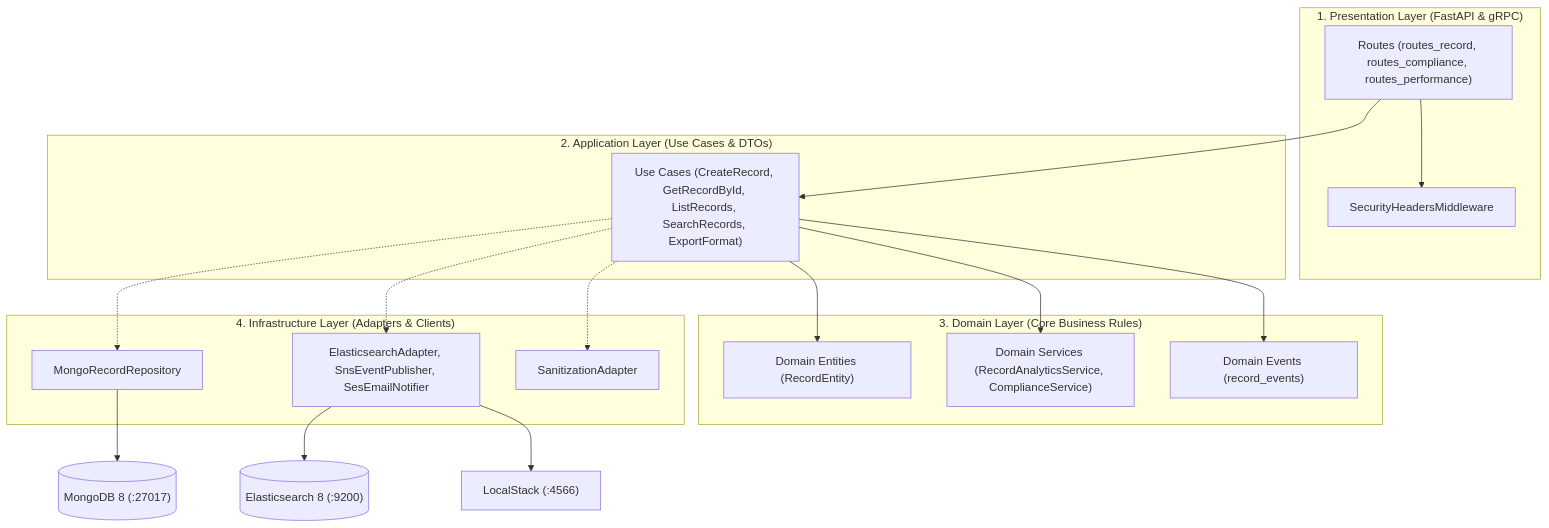
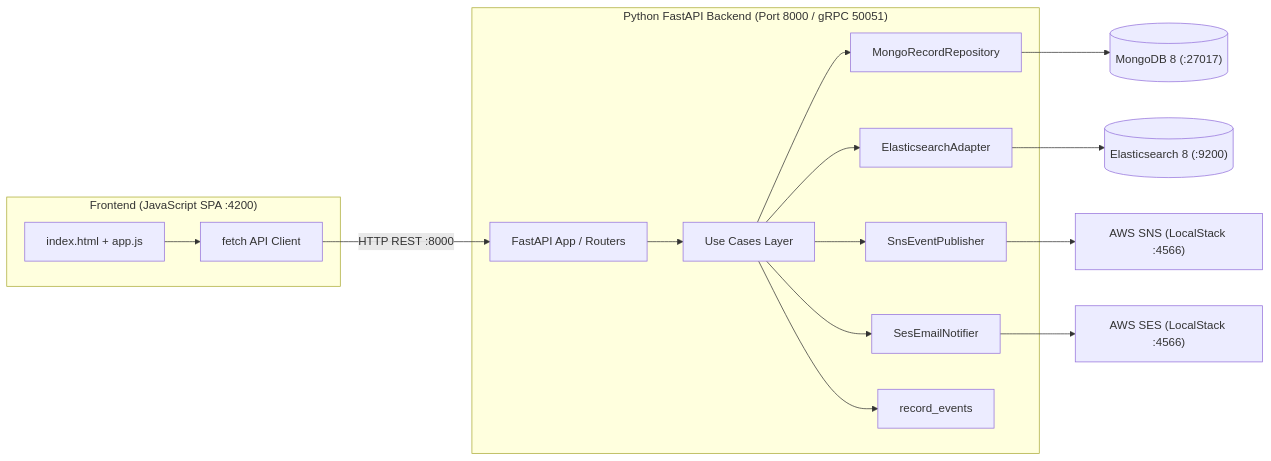
Before and after one commit to Benny-Testable/Demo_Stack-: the diagram in README.md, drawn with Mermaid. The commit also changed other lines of this file and 8 other files, not shown here.

Commit message:
feat(stack): create Python + JavaScript hybrid stack with FastAPI Clean Architecture and JS client

````diff
--- a/README.md
+++ b/README.md
@@ -22,26 +22,21 @@
 ```mermaid
-flowchart TD
-    subgraph Presentation["1. Presentation Layer (FastAPI & gRPC)"]
-        Routes["Routes (routes_record, routes_compliance, routes_performance)"] --> Middlewares["SecurityHeadersMiddleware"]
+flowchart LR
+    subgraph UI["Frontend (JavaScript SPA :4200)"]
+        HTML["index.html + app.js"] --> Fetch["fetch API Client"]
     end
 
-    subgraph Application["2. Application Layer (Use Cases & DTOs)"]
-        Routes --> UseCases["Use Cases (CreateRecord, GetRecordById, ListRecords, SearchRecords, ExportFormat)"]
+    subgraph Backend["Python FastAPI Backend (Port 8000 / gRPC 50051)"]
+        FastAPI["FastAPI App / Routers"] --> UCase["Use Cases Layer"]
+        UCase --> MongoRepo["MongoRecordRepository"]
+        UCase --> ESAdapter["ElasticsearchAdapter"]
+        UCase --> SNSAdapter["SnsEventPublisher"]
+        UCase --> SESAdapter["SesEmailNotifier"]
+        UCase --> Evt["record_events"]
     end
 
-    subgraph Domain["3. Domain Layer (Core Business Rules)"]
-        UseCases --> Entities["Domain Entities (RecordEntity)"]
-        UseCases --> DomainServices["Domain Services (RecordAnalyticsService, ComplianceService)"]
-        UseCases --> Events["Domain Events (record_events)"]
-    end
-
-    subgraph Infrastructure["4. Infrastructure Layer (Adapters & Clients)"]
-        UseCases -.-> Repositories["MongoRecordRepository"]
-        UseCases -.-> ExternalAdapters["ElasticsearchAdapter, SnsEventPublisher, SesEmailNotifier"]
-        UseCases -.-> SecurityAdapters["SanitizationAdapter"]
-    end
-
-    Repositories --> Mongo[("MongoDB 8 (:27017)")]
-    ExternalAdapters --> ES[("Elasticsearch 8 (:9200)")]
-    ExternalAdapters --> AWS["LocalStack (:4566)"]
+    Fetch -- "HTTP REST :8000" --> FastAPI
+    MongoRepo --> MDB[("MongoDB 8 (:27017)")]
+    ESAdapter --> ES[("Elasticsearch 8 (:9200)")]
+    SNSAdapter --> AWS1["AWS SNS (LocalStack :4566)"]
+    SESAdapter --> AWS2["AWS SES (LocalStack :4566)"]
 ```
````
